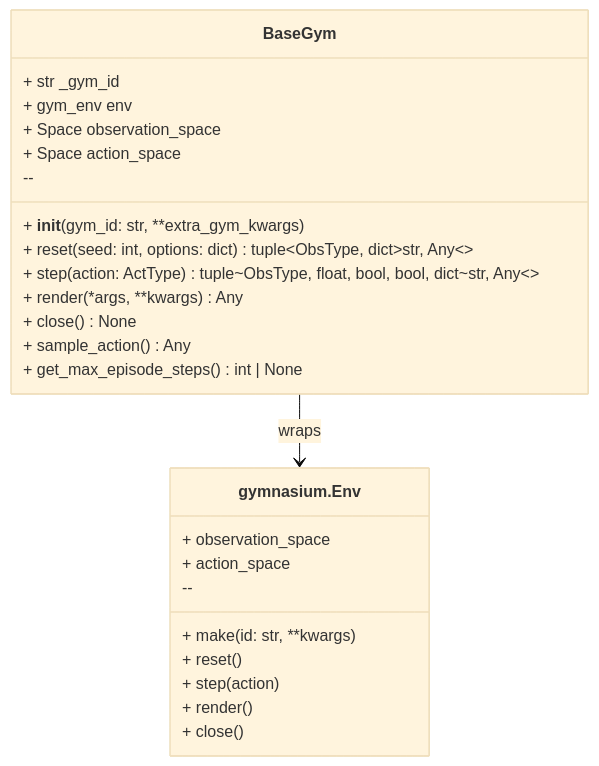
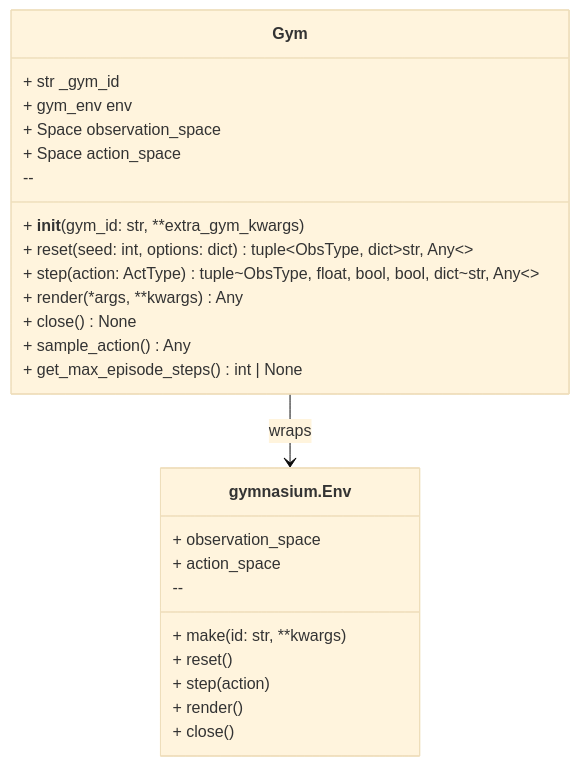
Before and after one commit to open-edge-platform/physical-ai-studio: the diagram in library/docs/design/gyms/base.md, drawn with Mermaid (base theme). The commit also changed other lines of this file and 8 other files, not shown here.

First line of the commit message:
refactor: Rename BaseGym to Gym

````diff
--- a/library/docs/design/gyms/base.md
+++ b/library/docs/design/gyms/base.md
@@ -7,30 +7,30 @@
 ```mermaid
 classDiagram
-    class BaseGym {
+    class Gym {
         + str _gym_id
         + gym_env env
         + Space observation_space
         + Space action_space
         --
         + __init__(gym_id: str, **extra_gym_kwargs)
         + reset(seed: int, options: dict) tuple~ObsType, dict~str, Any~~
         + step(action: ActType) tuple~ObsType, float, bool, bool, dict~str, Any~~
         + render(*args, **kwargs) Any
         + close() None
         + sample_action() Any
         + get_max_episode_steps() int | None
     }
 
     class gymnasium.Env {
         + observation_space
         + action_space
         --
         + make(id: str, **kwargs)
         + reset()
         + step(action)
         + render()
         + close()
     }
 
-    BaseGym --> gymnasium.Env : wraps
+    Gym --> gymnasium.Env : wraps
 ```
````
